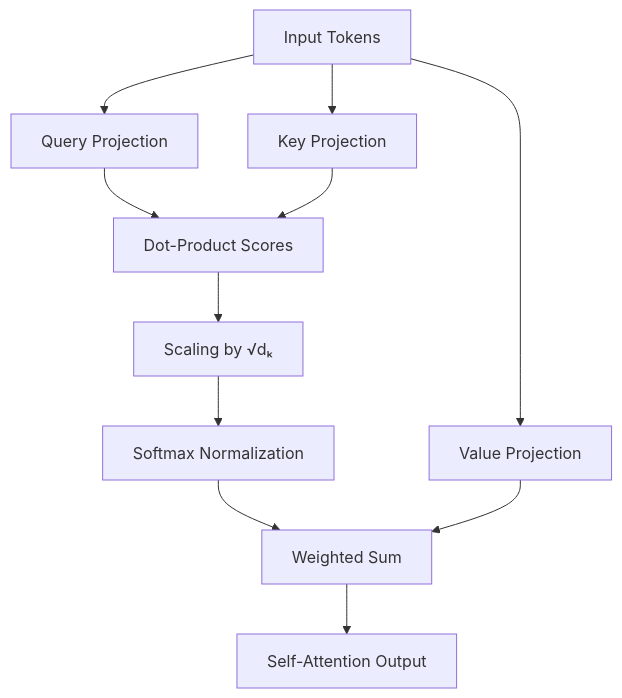
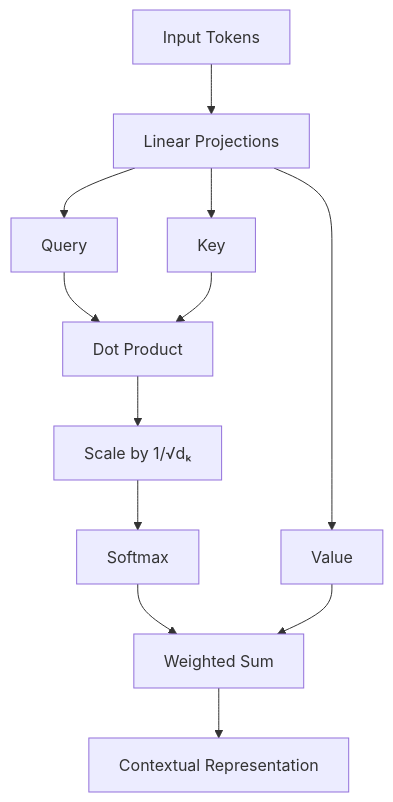
The diagram in Week - 5/Theory/Transformers/Self-Attention_vs_Multi-Head.md (ShadowMonarchX/ai-ml-internship), drawn with Mermaid before and after one commit. The commit also changed other lines of this file and 1 other file, not shown here.

````diff
--- a/Week - 5/Theory/Transformers/Self-Attention_vs_Multi-Head.md
+++ b/Week - 5/Theory/Transformers/Self-Attention_vs_Multi-Head.md
@@ -94,17 +52,15 @@
 ```mermaid
-flowchart TD
-    X[Input Tokens] --> Q[Query Projection]
-    X --> K[Key Projection]
-    X --> V[Value Projection]
+graph TD
+    X[Input Tokens] --> Proj[Linear Projections]
+    Proj --> Q[Query]
+    Proj --> K[Key]
+    Proj --> V[Value]
+    
+    Q & K --> DP[Dot Product]
+    DP --> Scale[Scale by 1/√dₖ]
+    Scale --> SM[Softmax]
+    
+    SM & V --> WS[Weighted Sum]
+    WS --> Out[Contextual Representation]
 
-    Q --> S[Dot-Product Scores]
-    K --> S
-
-    S --> N[Scaling by √dₖ]
-    N --> SM[Softmax Normalization]
-
-    SM --> W[Weighted Sum]
-    V --> W
-
-    W --> O[Self-Attention Output]
 ```
````
